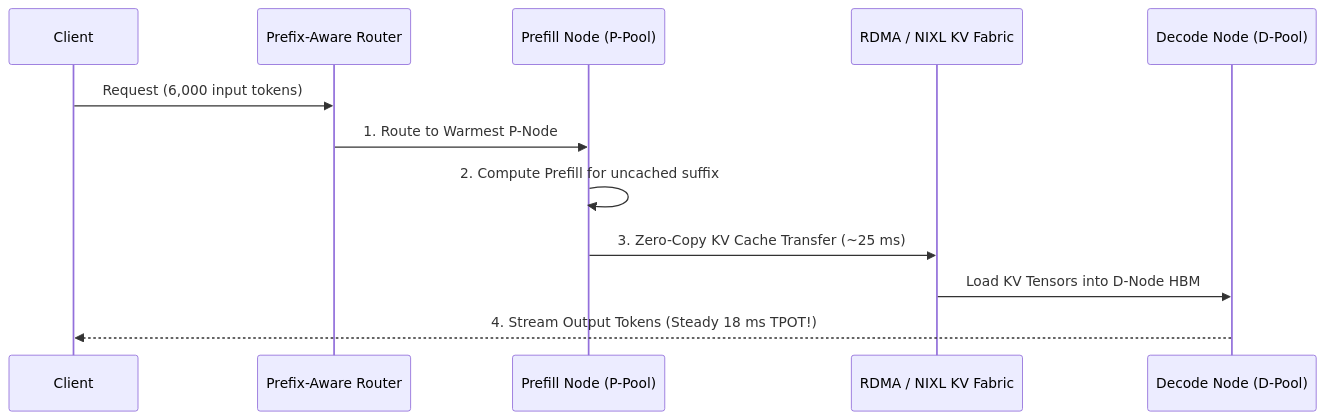
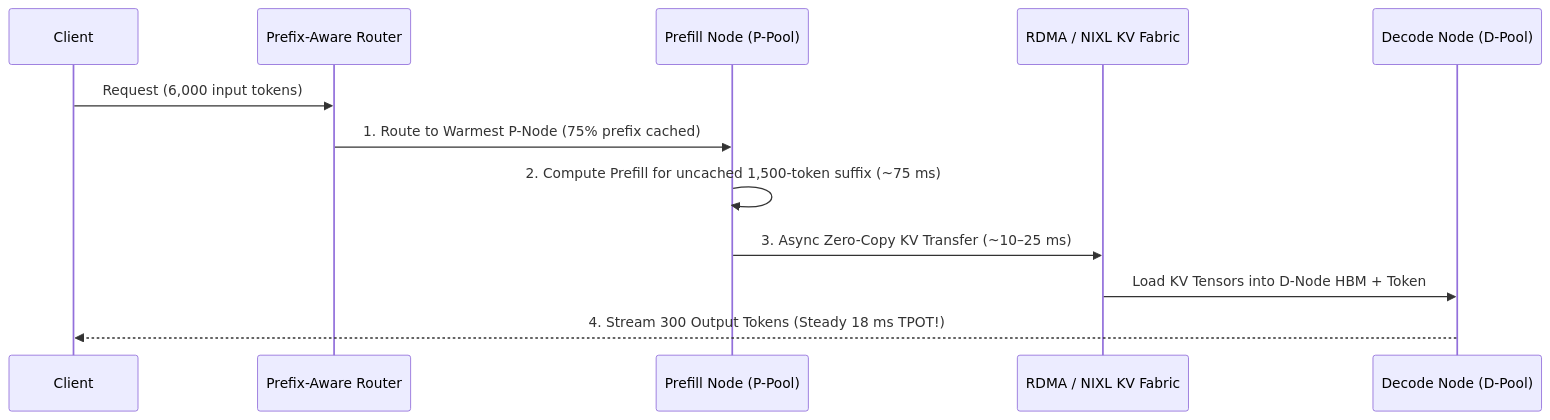
One commit to Amie-dev/FDE-and-GenAI-Mastery changed the first of 2 diagrams in Lecture 40 - Distributed Inference SGLang llm-d and Dynamo/notes/02_Disaggregated_Prefill_and_Decode_Architecture.md. Above: the diagram before and after it, drawn with Mermaid. The commit also changed other lines of this file and 92 other files, not shown here.

````diff
--- a/Lecture 40 - Distributed Inference SGLang llm-d and Dynamo/notes/02_Disaggregated_Prefill_and_Decode_Architecture.md
+++ b/Lecture 40 - Distributed Inference SGLang llm-d and Dynamo/notes/02_Disaggregated_Prefill_and_Decode_Architecture.md
@@ -27,15 +32,15 @@
 ```mermaid
 sequenceDiagram
     participant User as Client
     participant Router as Prefix-Aware Router
     participant P as Prefill Node (P-Pool)
     participant Fabric as RDMA / NIXL KV Fabric
     participant D as Decode Node (D-Pool)
 
     User->>Router: Request (6,000 input tokens)
-    Router->>P: 1. Route to Warmest P-Node
-    P->>P: 2. Compute Prefill for uncached suffix
-    P->>Fabric: 3. Zero-Copy KV Cache Transfer (~25 ms)
-    Fabric->>D: Load KV Tensors into D-Node HBM
-    D-->>User: 4. Stream Output Tokens (Steady 18 ms TPOT!)
+    Router->>P: 1. Route to Warmest P-Node (75% prefix cached)
+    P->>P: 2. Compute Prefill for uncached 1,500-token suffix (~75 ms)
+    P->>Fabric: 3. Async Zero-Copy KV Transfer (~10–25 ms)
+    Fabric->>D: Load KV Tensors into D-Node HBM + Token #1
+    D-->>User: 4. Stream 300 Output Tokens (Steady 18 ms TPOT!)
 ```
````
